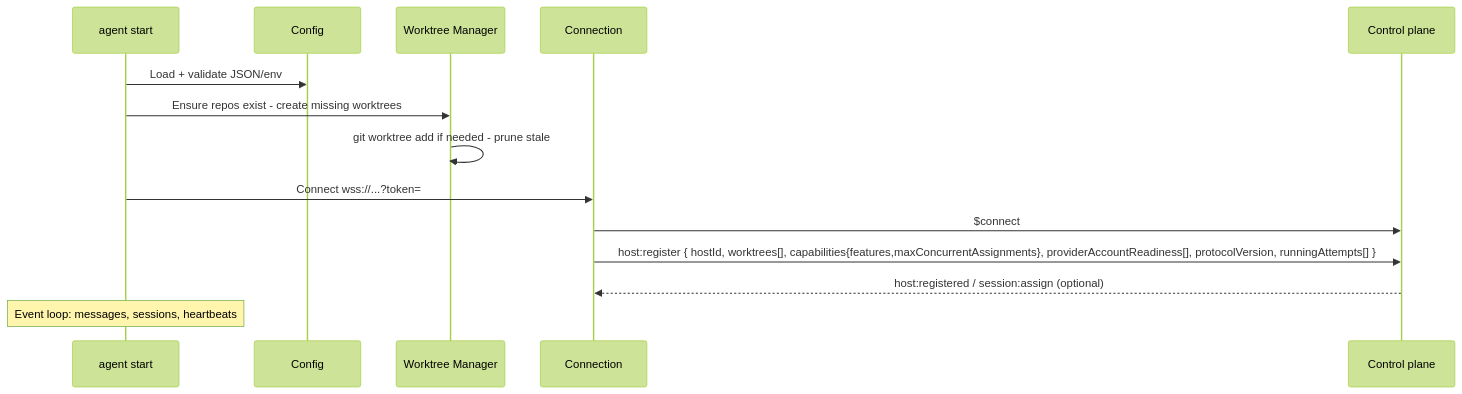
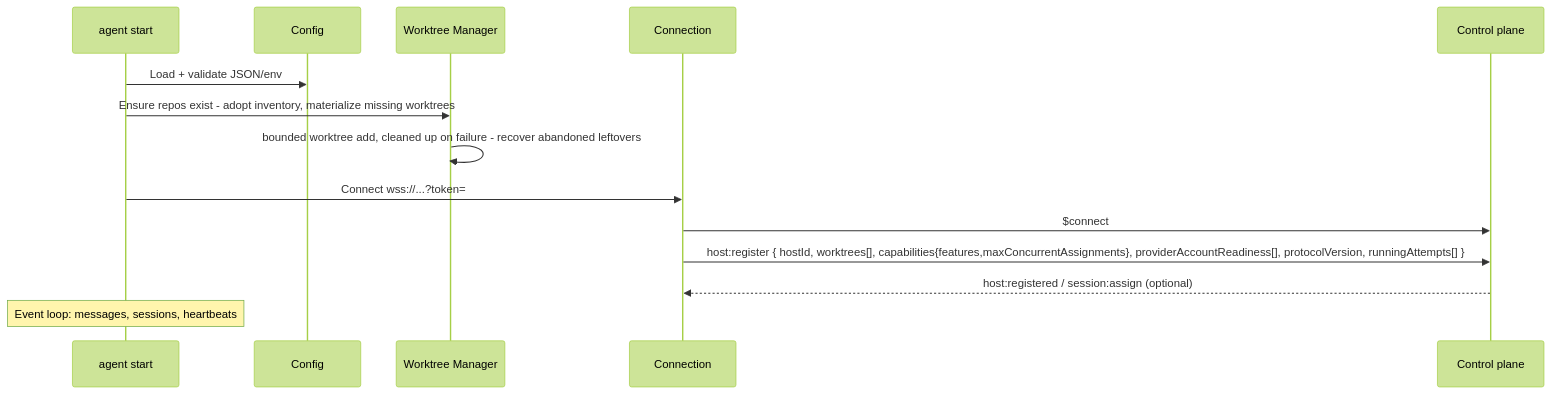
The second of 5 diagrams in docs/host-daemon.md (jonathanong/auto-harness), drawn with Mermaid (forest theme) before and after one commit. The commit also changed other lines of this file and 23 other files, not shown here.

````diff
--- a/docs/host-daemon.md
+++ b/docs/host-daemon.md
@@ -134,17 +134,17 @@
 ```mermaid
 sequenceDiagram
     participant Main as agent start
     participant Cfg as Config
     participant WTM as Worktree Manager
     participant Conn as Connection
     participant AWS as Control plane
 
     Main->>Cfg: Load + validate JSON/env
-    Main->>WTM: Ensure repos exist - create missing worktrees
-    WTM->>WTM: git worktree add if needed - prune stale
+    Main->>WTM: Ensure repos exist - adopt inventory, materialize missing worktrees
+    WTM->>WTM: bounded worktree add, cleaned up on failure - recover abandoned leftovers
     Main->>Conn: Connect wss://...?token=
     Conn->>AWS: $connect
     Conn->>AWS: host:register { hostId, worktrees[], capabilities{features,maxConcurrentAssignments}, providerAccountReadiness[], protocolVersion, runningAttempts[] }
     AWS-->>Conn: host:registered / session:assign (optional)
     Note over Main: Event loop: messages, sessions, heartbeats
 ```
````
